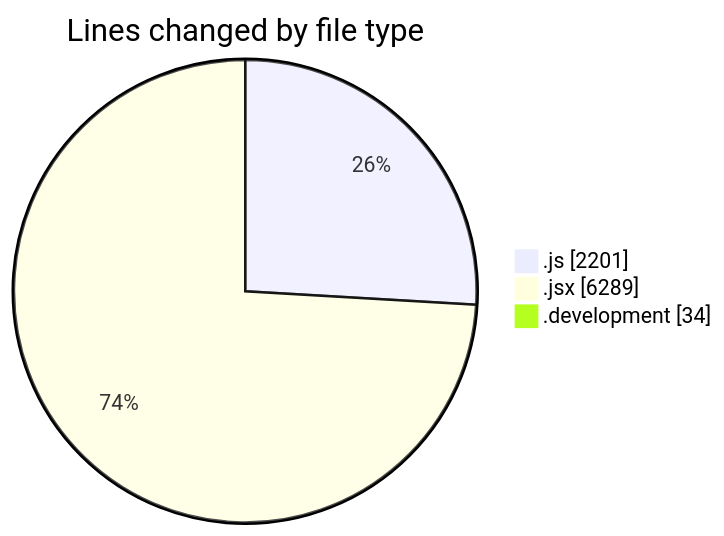
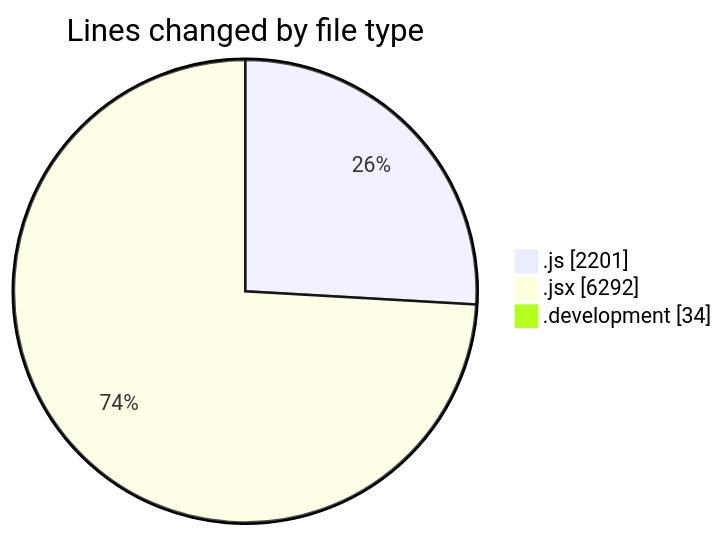
The first of 2 diagrams in 2025-09-18/nxtqube_webapp/README.md (nxtqubesakshisongat/code-tracking), drawn with Mermaid before and after one commit. The commit also changed other lines of this file and 1 other file, not shown here.

````diff
--- a/2025-09-18/nxtqube_webapp/README.md
+++ b/2025-09-18/nxtqube_webapp/README.md
@@ -38,7 +38,7 @@
 ```mermaid
 pie showData
 title Lines changed by file type
 ".js" : 2201
-".jsx" : 6289
+".jsx" : 6292
 ".development" : 34
 ```
````
